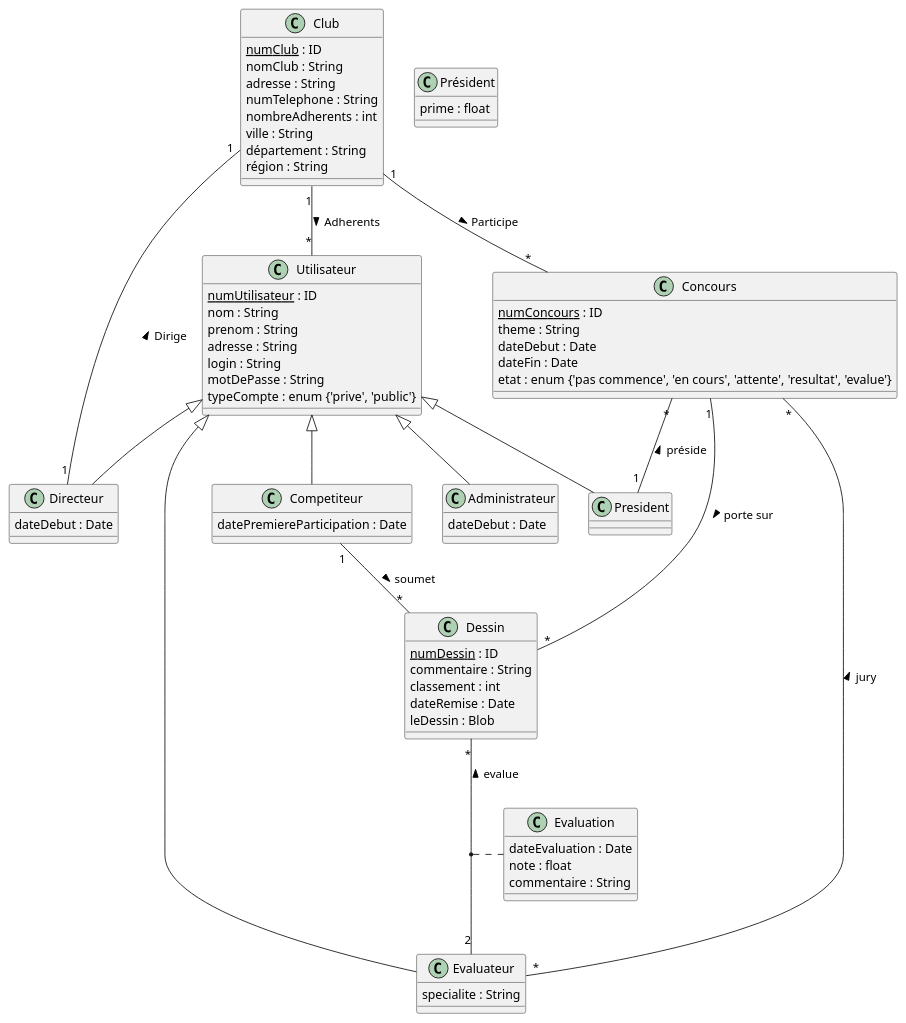
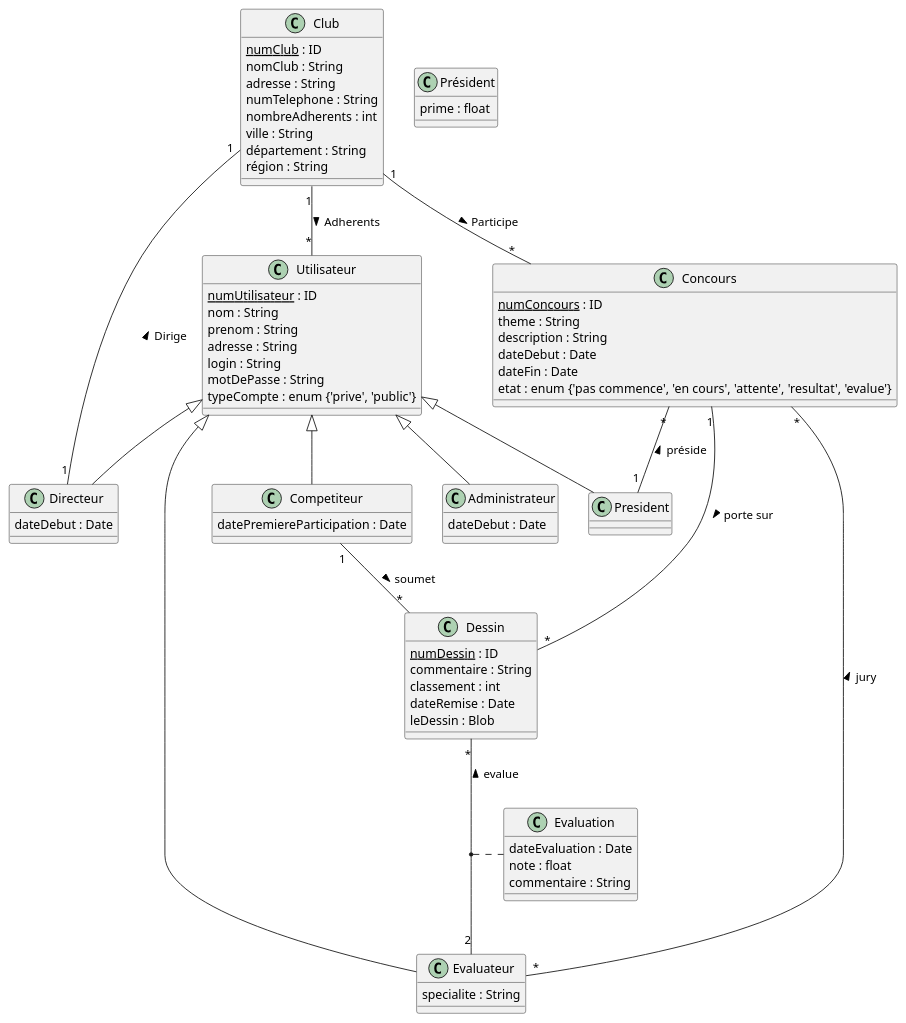
The diagram in docs/schema.puml (matthieuEv/Draw-Arena), drawn with PlantUML before and after one commit. The commit also changed 1 other file, not shown here.

Commit message:
add variable description in concours

```diff
--- a/docs/schema.puml
+++ b/docs/schema.puml
@@ -1,90 +1,91 @@
 @startuml
 skinparam classAttributeIconSize 0
 
 ' Classes principales
 class Club {
     <u>numClub</u> : ID
     nomClub : String
     adresse : String
     numTelephone : String
     nombreAdherents : int
     ville : String
     département : String
     région : String
 }
 
 class Utilisateur {
     <u>numUtilisateur</u> : ID
     nom : String
     prenom : String
     adresse : String
     login : String
     motDePasse : String
     typeCompte : enum {'prive', 'public'}
 }
 
 class Concours {
     <u>numConcours</u> : ID
     theme : String
+    description : String
     dateDebut : Date
     dateFin : Date
     etat : enum {'pas commence', 'en cours', 'attente', 'resultat', 'evalue'}
 }
 
 class Dessin {
     <u>numDessin</u> : ID
     commentaire : String
     classement : int
     dateRemise : Date
     leDessin : Blob
 }
 
 class Evaluation {
     dateEvaluation : Date
     note : float
     commentaire : String
 }
 
 ' Sous-classes d'Utilisateur
 class Competiteur {
     datePremiereParticipation : Date
 }
 
 class Evaluateur {
     specialite : String
 }
 
 class Président {
     prime : float
 }
 
 class Administrateur {
     dateDebut : Date
 }
 
 class Directeur {
     dateDebut : Date
 }
 
 ' Héritages
 Utilisateur <|-- Competiteur
 Utilisateur <|-- Evaluateur
 Utilisateur <|-- President
 Utilisateur <|-- Administrateur
 Utilisateur <|-- Directeur
 
 ' Associations
 Club "1" -- "*" Utilisateur : Adherents >
 Club "1" -- "*" Concours : Participe >
 Club "1" - "1" Directeur : Dirige <
 
 Concours "1" -- "*" Dessin : porte sur >
 Concours "*" -- "1" President : préside <
 Concours "*" --- "*" Evaluateur : jury <
 
 Competiteur "1" -- "*" Dessin : soumet >
 
 Dessin "*" -- "2" Evaluateur : evalue <
 (Dessin, Evaluateur) .. Evaluation
 
 @enduml
```
